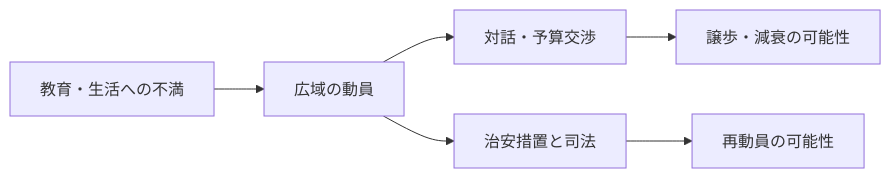
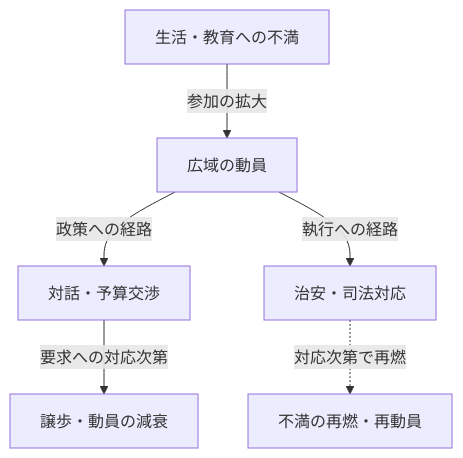
The second of 2 diagrams in articles/report/global-democracy-protest-history/ja/index.mdx (daylight55/research), drawn with Mermaid before and after one commit. The commit also changed other lines of this file and 181 other files, not shown here.

First line of the commit message:
全記事の図解368点を再生成し、共通注意書きを削除 (#402)

````diff
--- a/articles/report/global-democracy-protest-history/ja/index.mdx
+++ b/articles/report/global-democracy-protest-history/ja/index.mdx
@@ -273,8 +282,16 @@
 ```mermaid
-flowchart LR
-  A["教育・生活への不満"] --> B["広域の動員"]
-  B --> C["対話・予算交渉"]
-  B --> D["治安措置と司法"]
-  C --> E["譲歩・減衰の可能性"]
-  D --> F["再動員の可能性"]
+flowchart TD
+  accTitle: フランスの抗議から政策対応までの分岐
+  accDescr: 生活・教育への不満が動員につながっても、対話や予算措置と治安・司法対応では運動への作用が異なる。確定した予測ではない。
+  N0["生活・教育への不満"]
+  N1["広域の動員"]
+  N2["対話・予算交渉"]
+  N3["治安・司法対応"]
+  N4["譲歩・動員の減衰"]
+  N5["不満の再燃・再動員"]
+  N0 -->|参加の拡大| N1
+  N1 -->|政策への経路| N2
+  N1 -->|執行への経路| N3
+  N2 -->|要求への対応次第| N4
+  N3 -.->|対応次第で再燃| N5
 ```
````
